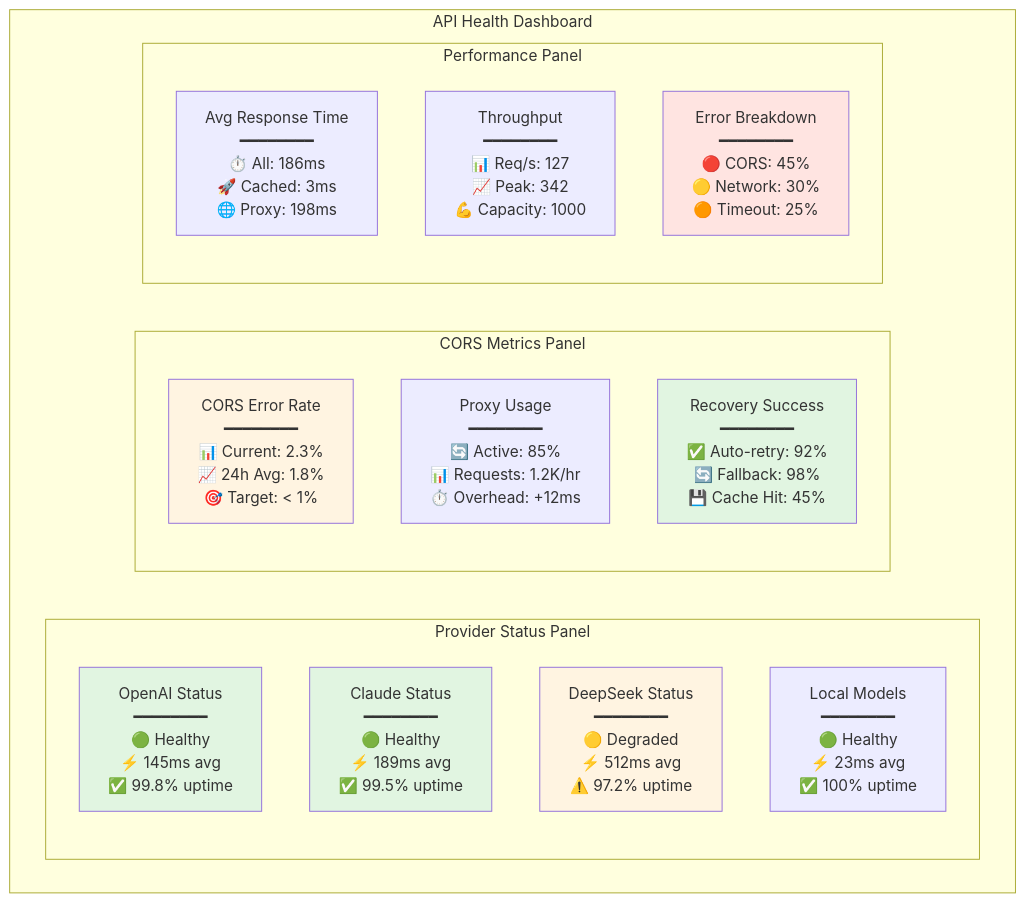
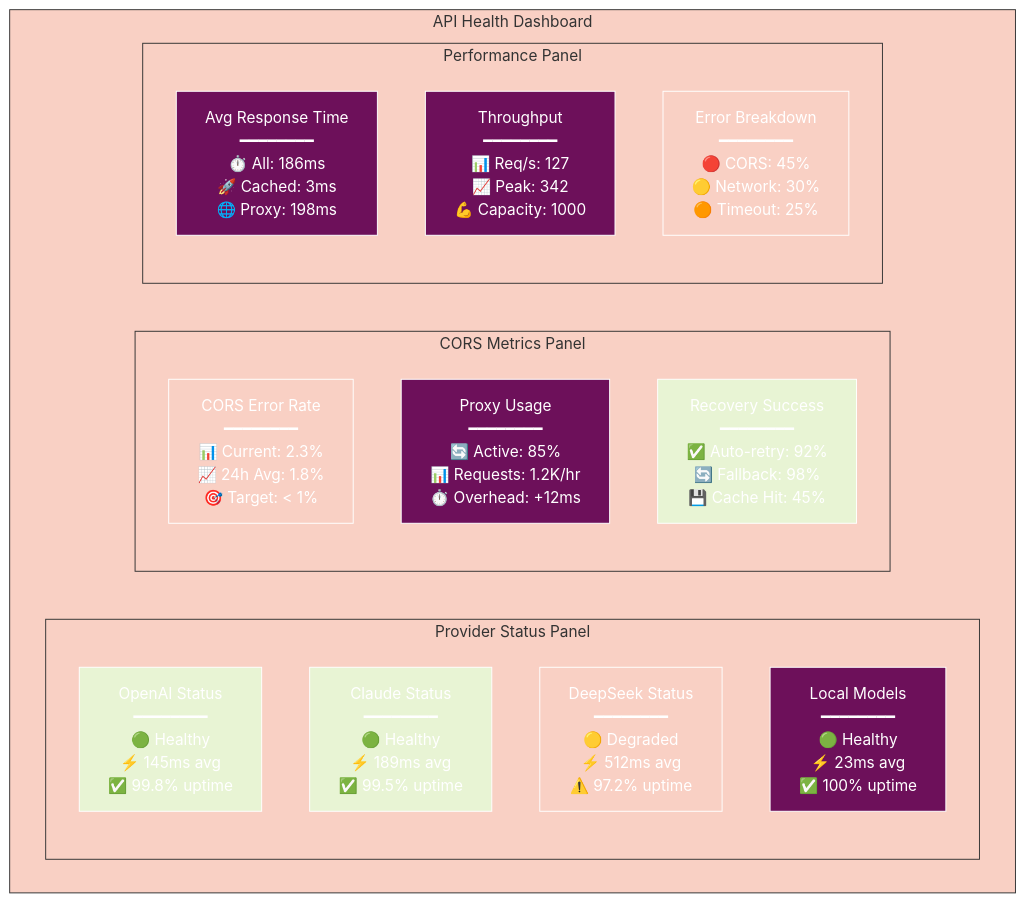
One commit to radicalkjax/Athena changed diagram 16 of 22 in docs/API_CORS_HANDLING.md. Above: the diagram before and after it, drawn with Mermaid. The commit also changed other lines of this file and 27 other files, not shown here.

Commit message:
Introduction of expo package manager. Updated docs to reflect changes. Unified mermaid theme for docs.

````diff
--- a/docs/API_CORS_HANDLING.md
+++ b/docs/API_CORS_HANDLING.md
@@ -902,30 +1217,51 @@
 ```mermaid
+%%{init: {
+  'theme': 'base',
+  'themeVariables': {
+    'primaryColor': '#6d105a',
+    'primaryTextColor': '#ffffff',
+    'primaryBorderColor': '#ffffff',
+    'lineColor': '#333333',
+    'secondaryColor': '#e8f4d4',
+    'secondaryTextColor': '#333333',
+    'secondaryBorderColor': '#333333',
+    'tertiaryColor': '#f9d0c4',
+    'tertiaryTextColor': '#333333',
+    'tertiaryBorderColor': '#333333',
+    'background': '#ffffff',
+    'mainBkg': '#6d105a',
+    'secondBkg': '#e8f4d4',
+    'tertiaryBkg': '#f9d0c4',
+    'textColor': '#333333',
+    'fontFamily': 'Arial, sans-serif'
+  }
+}}%%
 graph TB
     subgraph "API Health Dashboard"
         subgraph "Provider Status Panel"
             OpenAI[OpenAI Status<br/>━━━━━━━━<br/>🟢 Healthy<br/>⚡ 145ms avg<br/>✅ 99.8% uptime]
             Claude[Claude Status<br/>━━━━━━━━<br/>🟢 Healthy<br/>⚡ 189ms avg<br/>✅ 99.5% uptime]
             DeepSeek[DeepSeek Status<br/>━━━━━━━━<br/>🟡 Degraded<br/>⚡ 512ms avg<br/>⚠️ 97.2% uptime]
             Local[Local Models<br/>━━━━━━━━<br/>🟢 Healthy<br/>⚡ 23ms avg<br/>✅ 100% uptime]
         end
         
         subgraph "CORS Metrics Panel"
             CORSRate[CORS Error Rate<br/>━━━━━━━━<br/>📊 Current: 2.3%<br/>📈 24h Avg: 1.8%<br/>🎯 Target: < 1%]
             ProxyUsage[Proxy Usage<br/>━━━━━━━━<br/>🔄 Active: 85%<br/>📊 Requests: 1.2K/hr<br/>⏱️ Overhead: +12ms]
             Recovery[Recovery Success<br/>━━━━━━━━<br/>✅ Auto-retry: 92%<br/>🔄 Fallback: 98%<br/>💾 Cache Hit: 45%]
         end
         
         subgraph "Performance Panel"
             AvgResponse[Avg Response Time<br/>━━━━━━━━<br/>⏱️ All: 186ms<br/>🚀 Cached: 3ms<br/>🌐 Proxy: 198ms]
             Throughput[Throughput<br/>━━━━━━━━<br/>📊 Req/s: 127<br/>📈 Peak: 342<br/>💪 Capacity: 1000]
             ErrorTypes[Error Breakdown<br/>━━━━━━━━<br/>🔴 CORS: 45%<br/>🟡 Network: 30%<br/>🟠 Timeout: 25%]
         end
     end
     
-    style OpenAI fill:#e1f5e1
-    style Claude fill:#e1f5e1
-    style DeepSeek fill:#fff4e1
-    style CORSRate fill:#fff4e1
-    style Recovery fill:#e1f5e1
-    style ErrorTypes fill:#ffe4e1
+    style OpenAI fill:#e8f4d4
+    style Claude fill:#e8f4d4
+    style DeepSeek fill:#f9d0c4
+    style CORSRate fill:#f9d0c4
+    style Recovery fill:#e8f4d4
+    style ErrorTypes fill:#f9d0c4
 ```
````
